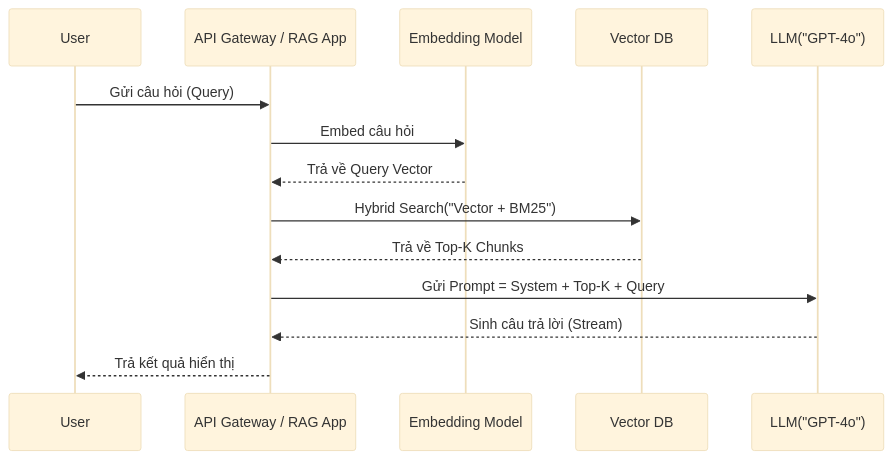
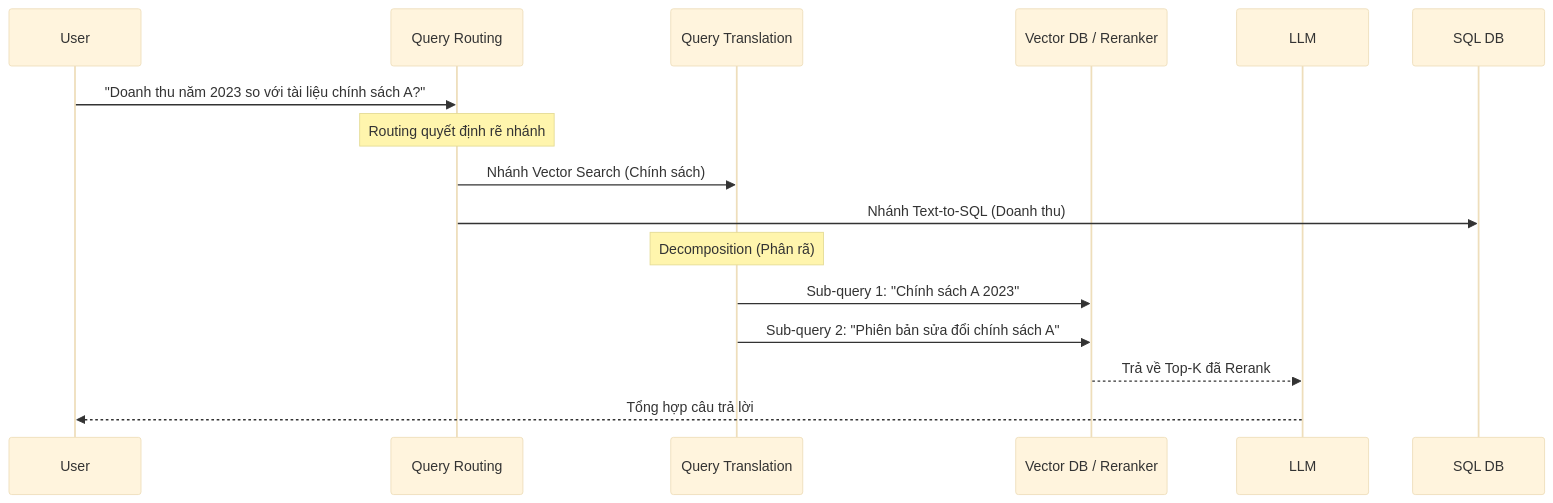
One commit to kythuatdulieu/kythuatdulieu.github.io changed the diagram in src/content/docs/concepts/9-genai-machine-learning/rag.md. Above: the diagram before and after it, drawn with Mermaid (base theme). The commit also changed other lines of this file and 228 other files, not shown here.

Commit message:
Fix syntax and rewrite 200+ concepts docs to deep-dive system architecture and add GA4 tracking to quiz app

````diff
--- a/src/content/docs/concepts/9-genai-machine-learning/rag.md
+++ b/src/content/docs/concepts/9-genai-machine-learning/rag.md
@@ -75,17 +30,20 @@
 ```mermaid
 sequenceDiagram
-    participant User
-    participant App as API Gateway / RAG App
-    participant Embed as Embedding Model
-    participant VDB as Vector DB
-    participant LLM as LLM("GPT-4o")
-
-    User->>App: Gửi câu hỏi (Query)
-    App->>Embed: Embed câu hỏi
-    Embed-->>App: Trả về Query Vector
-    App->>VDB: Hybrid Search("Vector + BM25")
-    VDB-->>App: Trả về Top-K Chunks
-    App->>LLM: Gửi Prompt = System + Top-K + Query
-    LLM-->>App: Sinh câu trả lời (Stream)
-    App-->>User: Trả kết quả hiển thị
+    participant U as User
+    participant Router as Query Routing
+    participant Q as Query Translation
+    participant V as Vector DB / Reranker
+    participant L as LLM
+    
+    U->>Router: "Doanh thu năm 2023 so với tài liệu chính sách A?"
+    Note over Router: Routing quyết định rẽ nhánh
+    Router->>Q: Nhánh Vector Search (Chính sách)
+    Router->>SQL DB: Nhánh Text-to-SQL (Doanh thu)
+    
+    Note over Q: Decomposition (Phân rã)
+    Q->>V: Sub-query 1: "Chính sách A 2023"
+    Q->>V: Sub-query 2: "Phiên bản sửa đổi chính sách A"
+    
+    V-->>L: Trả về Top-K đã Rerank
+    L-->>U: Tổng hợp câu trả lời
 ```
````
